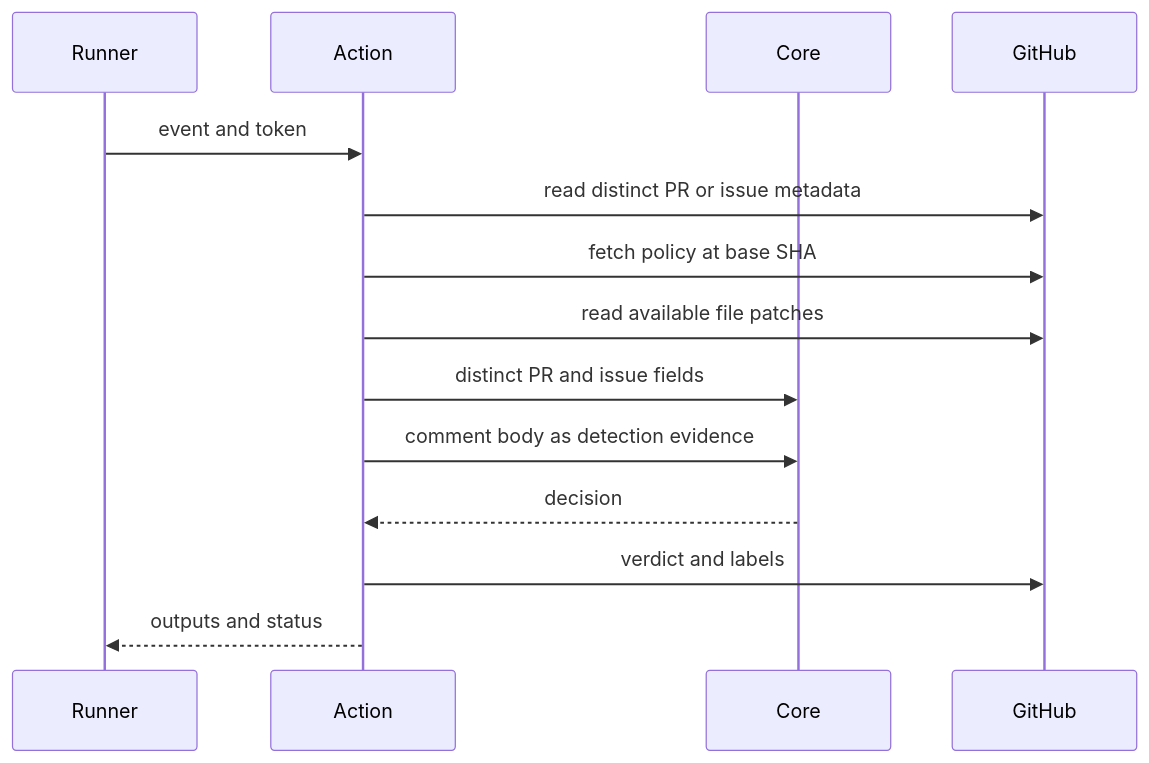
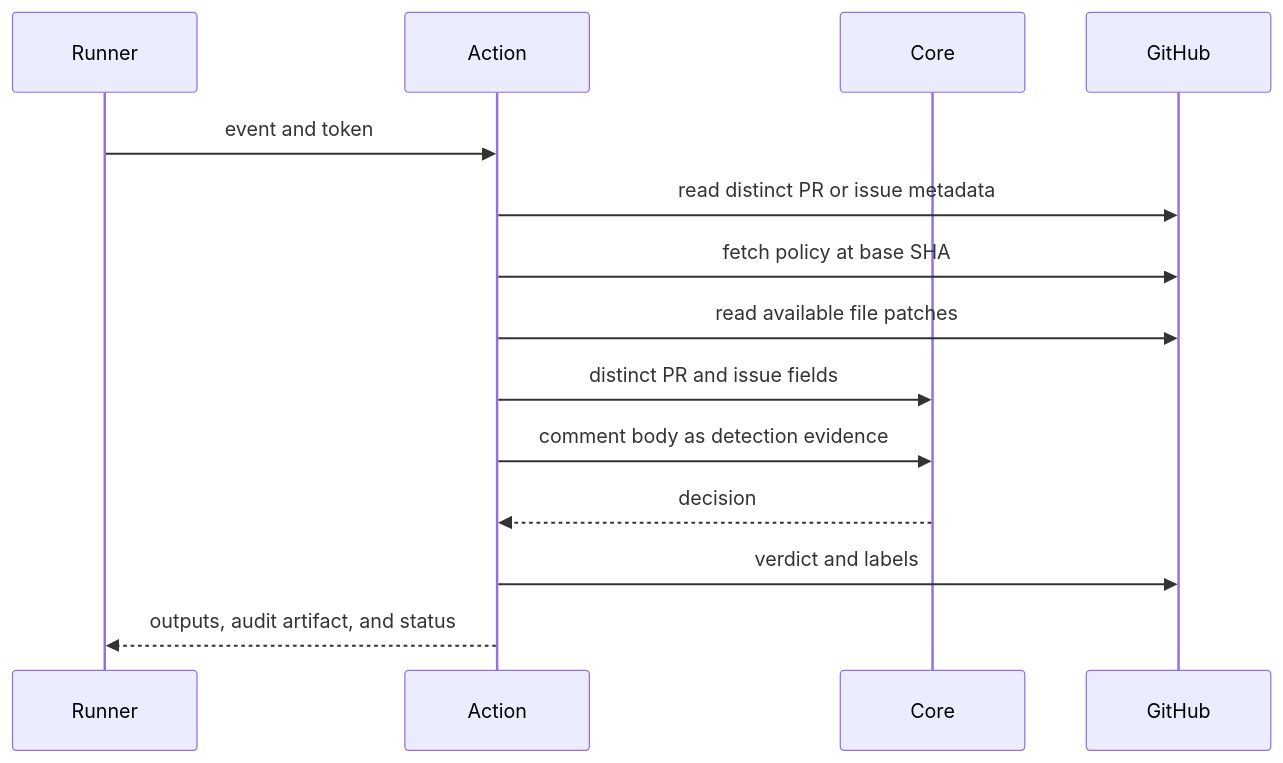
One commit to streamentry/AGENTOWNERS changed the second of 2 diagrams in packages/github-action/AGENTS.md. Above: the diagram before and after it, drawn with Mermaid. The commit also changed other lines of this file and 10 other files, not shown here.

Commit message:
feat(action): expose audit artifact path

````diff
--- a/packages/github-action/AGENTS.md
+++ b/packages/github-action/AGENTS.md
@@ -37,16 +38,16 @@
 ```mermaid
 sequenceDiagram
   participant Runner
   participant Action
   participant Core
   participant GitHub
   Runner->>Action: event and token
   Action->>GitHub: read distinct PR or issue metadata
   Action->>GitHub: fetch policy at base SHA
   Action->>GitHub: read available file patches
   Action->>Core: distinct PR and issue fields
   Action->>Core: comment body as detection evidence
   Core-->>Action: decision
   Action->>GitHub: verdict and labels
-  Action-->>Runner: outputs and status
+  Action-->>Runner: outputs, audit artifact, and status
 ```
````
